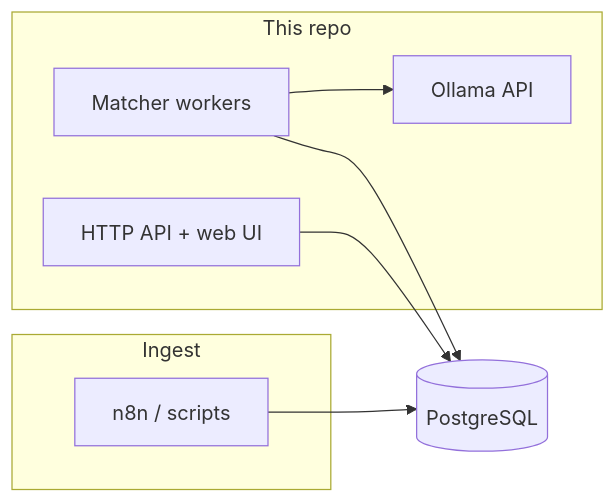
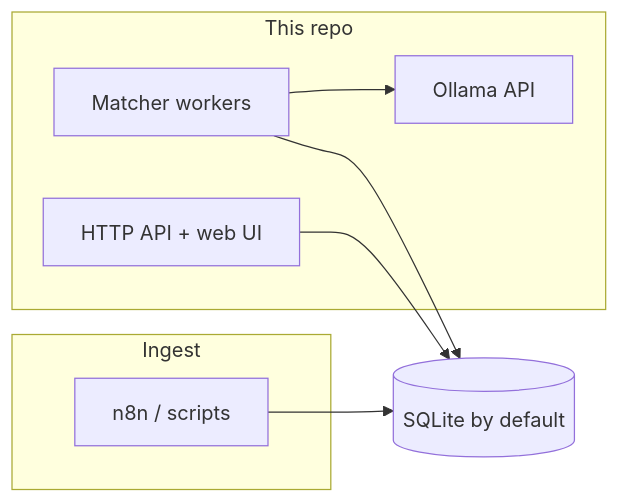
The diagram in README.md (shinichikudo1st/job-scraper), drawn with Mermaid before and after one commit. The commit also changed other lines of this file and 8 other files, not shown here.

````diff
--- a/README.md
+++ b/README.md
@@ -11,16 +11,16 @@
 ```mermaid
 flowchart LR
   subgraph ingest [Ingest]
     N[n8n / scripts]
   end
   subgraph app [This repo]
     M[Matcher workers]
     O[Ollama API]
     H[HTTP API + web UI]
   end
-  DB[(PostgreSQL)]
+  DB[(SQLite by default)]
   N --> DB
   M --> DB
   M --> O
   H --> DB
 ```
````
